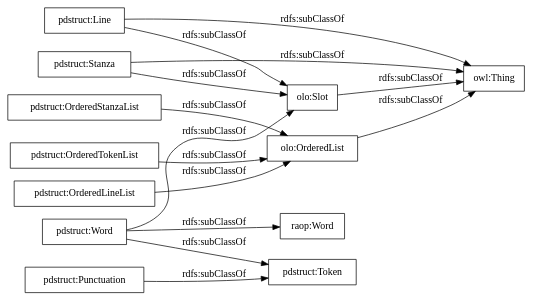
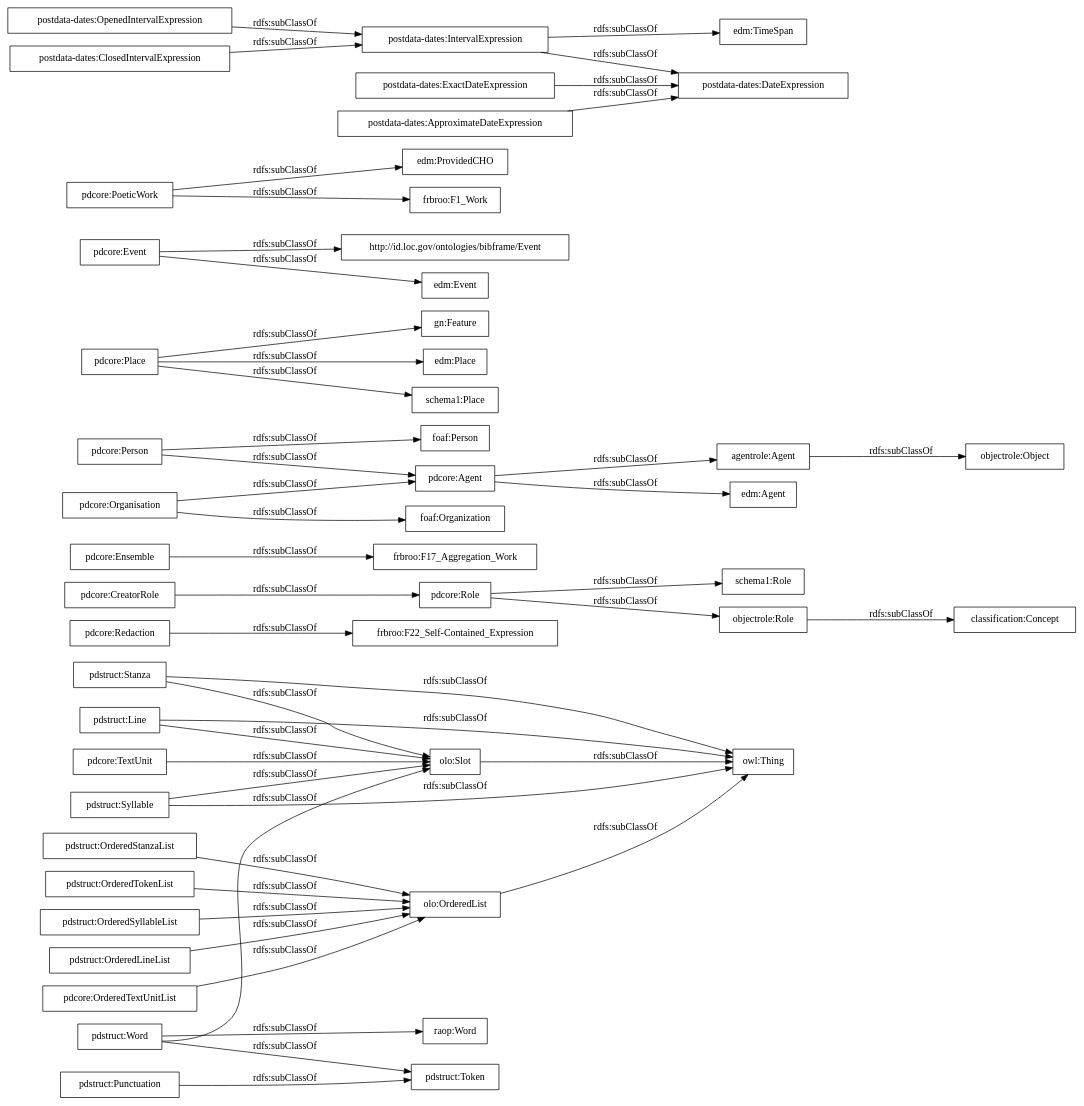
One commit to linhd-postdata/structuralElements-ontology changed the diagram in OnToology/postdata-structuralElements.owl/diagrams/ar2dtool-taxonomy/postdata-structuralElements.owl.png.dot. Above: the diagram before and after it, drawn with Graphviz. The commit also changed 12 other files, not shown here.

```diff
--- a/OnToology/postdata-structuralElements.owl/diagrams/ar2dtool-taxonomy/postdata-structuralElements.owl.png.dot
+++ b/OnToology/postdata-structuralElements.owl/diagrams/ar2dtool-taxonomy/postdata-structuralElements.owl.png.dot
@@ -1,19 +1,50 @@
 digraph ar2dtool_diagram { 
 rankdir=LR;
 size="1000"
-node [shape = rectangle, color="black"]; "pdstruct:Line" "pdstruct:Punctuation" "pdstruct:OrderedStanzaList" "pdstruct:OrderedTokenList" "pdstruct:Word" "pdstruct:Stanza" "pdstruct:Token" "raop:Word" "pdstruct:OrderedLineList" "olo:Slot" "olo:OrderedList" ; /*classes style*/
-	"pdstruct:Line" -> "olo:Slot" [ label = "rdfs:subClassOf" ];
-	"pdstruct:Line" -> "owl:Thing" [ label = "rdfs:subClassOf" ];
-	"pdstruct:OrderedLineList" -> "olo:OrderedList" [ label = "rdfs:subClassOf" ];
+node [shape = rectangle, color="black"]; "pdstruct:Line" "pdstruct:Punctuation" "pdstruct:OrderedStanzaList" "pdstruct:OrderedTokenList" "pdstruct:Word" "pdstruct:Stanza" "pdstruct:Token" "pdstruct:OrderedSyllableList" "pdcore:Redaction" "pdstruct:Syllable" "raop:Word" "pdstruct:OrderedLineList" "pdcore:Role" "frbroo:F17_Aggregation_Work" "pdcore:OrderedTextUnitList" "agentrole:Agent" "gn:Feature" "edm:Agent" "pdcore:Agent" "pdcore:CreatorRole" "pdcore:Person" "pdcore:Organisation" "edm:Place" "pdcore:Ensemble" "foaf:Person" "frbroo:F22_Self-Contained_Expression" "http://id.loc.gov/ontologies/bibframe/Event" "edm:Event" "pdcore:TextUnit" "foaf:Organization" "edm:ProvidedCHO" "pdcore:Place" "schema1:Place" "pdcore:Event" "pdcore:PoeticWork" "frbroo:F1_Work" "schema1:Role" "olo:Slot" "olo:OrderedList" "owl:Thing" "objectrole:Role" "objectrole:Object" "postdata-dates:OpenedIntervalExpression" "postdata-dates:ClosedIntervalExpression" "postdata-dates:IntervalExpression" "postdata-dates:ExactDateExpression" "edm:TimeSpan" "postdata-dates:DateExpression" "postdata-dates:ApproximateDateExpression" "classification:Concept" ; /*classes style*/
+	"pdstruct:OrderedStanzaList" -> "olo:OrderedList" [ label = "rdfs:subClassOf" ];
+	"pdcore:Person" -> "foaf:Person" [ label = "rdfs:subClassOf" ];
+	"pdcore:Person" -> "pdcore:Agent" [ label = "rdfs:subClassOf" ];
 	"pdstruct:OrderedTokenList" -> "olo:OrderedList" [ label = "rdfs:subClassOf" ];
+	"pdstruct:Punctuation" -> "pdstruct:Token" [ label = "rdfs:subClassOf" ];
+	"agentrole:Agent" -> "objectrole:Object" [ label = "rdfs:subClassOf" ];
 	"pdstruct:Word" -> "olo:Slot" [ label = "rdfs:subClassOf" ];
 	"pdstruct:Word" -> "pdstruct:Token" [ label = "rdfs:subClassOf" ];
 	"pdstruct:Word" -> "raop:Word" [ label = "rdfs:subClassOf" ];
-	"olo:OrderedList" -> "owl:Thing" [ label = "rdfs:subClassOf" ];
-	"olo:Slot" -> "owl:Thing" [ label = "rdfs:subClassOf" ];
+	"pdcore:PoeticWork" -> "frbroo:F1_Work" [ label = "rdfs:subClassOf" ];
+	"pdcore:PoeticWork" -> "edm:ProvidedCHO" [ label = "rdfs:subClassOf" ];
+	"objectrole:Role" -> "classification:Concept" [ label = "rdfs:subClassOf" ];
+	"pdstruct:OrderedSyllableList" -> "olo:OrderedList" [ label = "rdfs:subClassOf" ];
+	"postdata-dates:ClosedIntervalExpression" -> "postdata-dates:IntervalExpression" [ label = "rdfs:subClassOf" ];
 	"pdstruct:Stanza" -> "olo:Slot" [ label = "rdfs:subClassOf" ];
 	"pdstruct:Stanza" -> "owl:Thing" [ label = "rdfs:subClassOf" ];
-	"pdstruct:OrderedStanzaList" -> "olo:OrderedList" [ label = "rdfs:subClassOf" ];
-	"pdstruct:Punctuation" -> "pdstruct:Token" [ label = "rdfs:subClassOf" ];
+	"postdata-dates:ApproximateDateExpression" -> "postdata-dates:DateExpression" [ label = "rdfs:subClassOf" ];
+	"pdcore:Agent" -> "agentrole:Agent" [ label = "rdfs:subClassOf" ];
+	"pdcore:Agent" -> "edm:Agent" [ label = "rdfs:subClassOf" ];
+	"olo:Slot" -> "owl:Thing" [ label = "rdfs:subClassOf" ];
+	"postdata-dates:OpenedIntervalExpression" -> "postdata-dates:IntervalExpression" [ label = "rdfs:subClassOf" ];
+	"pdcore:Organisation" -> "foaf:Organization" [ label = "rdfs:subClassOf" ];
+	"pdcore:Organisation" -> "pdcore:Agent" [ label = "rdfs:subClassOf" ];
+	"pdcore:Ensemble" -> "frbroo:F17_Aggregation_Work" [ label = "rdfs:subClassOf" ];
+	"olo:OrderedList" -> "owl:Thing" [ label = "rdfs:subClassOf" ];
+	"pdcore:TextUnit" -> "olo:Slot" [ label = "rdfs:subClassOf" ];
+	"pdcore:Redaction" -> "frbroo:F22_Self-Contained_Expression" [ label = "rdfs:subClassOf" ];
+	"pdcore:Place" -> "edm:Place" [ label = "rdfs:subClassOf" ];
+	"pdcore:Place" -> "schema1:Place" [ label = "rdfs:subClassOf" ];
+	"pdcore:Place" -> "gn:Feature" [ label = "rdfs:subClassOf" ];
+	"pdstruct:OrderedLineList" -> "olo:OrderedList" [ label = "rdfs:subClassOf" ];
+	"pdcore:CreatorRole" -> "pdcore:Role" [ label = "rdfs:subClassOf" ];
+	"pdcore:Role" -> "objectrole:Role" [ label = "rdfs:subClassOf" ];
+	"pdcore:Role" -> "schema1:Role" [ label = "rdfs:subClassOf" ];
+	"pdstruct:Syllable" -> "owl:Thing" [ label = "rdfs:subClassOf" ];
+	"pdstruct:Syllable" -> "olo:Slot" [ label = "rdfs:subClassOf" ];
+	"pdstruct:Line" -> "olo:Slot" [ label = "rdfs:subClassOf" ];
+	"pdstruct:Line" -> "owl:Thing" [ label = "rdfs:subClassOf" ];
+	"pdcore:OrderedTextUnitList" -> "olo:OrderedList" [ label = "rdfs:subClassOf" ];
+	"postdata-dates:IntervalExpression" -> "edm:TimeSpan" [ label = "rdfs:subClassOf" ];
+	"postdata-dates:IntervalExpression" -> "postdata-dates:DateExpression" [ label = "rdfs:subClassOf" ];
+	"postdata-dates:ExactDateExpression" -> "postdata-dates:DateExpression" [ label = "rdfs:subClassOf" ];
+	"pdcore:Event" -> "edm:Event" [ label = "rdfs:subClassOf" ];
+	"pdcore:Event" -> "http://id.loc.gov/ontologies/bibframe/Event" [ label = "rdfs:subClassOf" ];
 
 }
```
